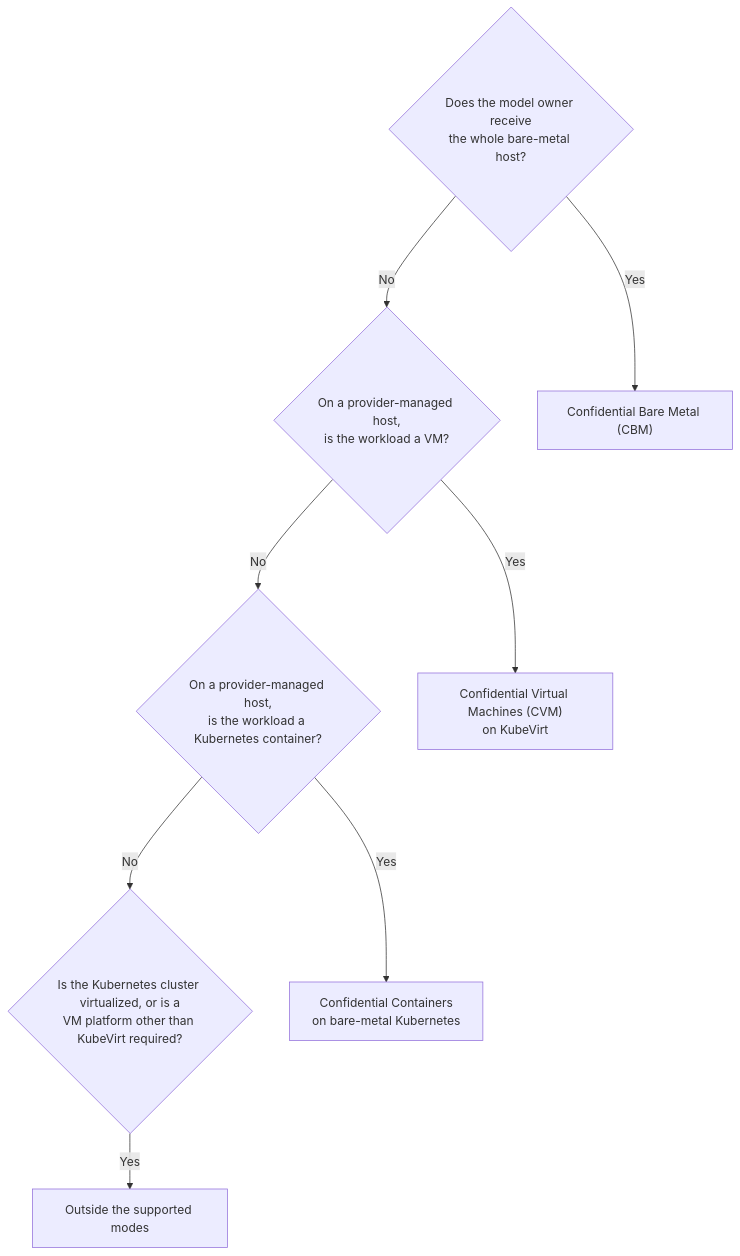
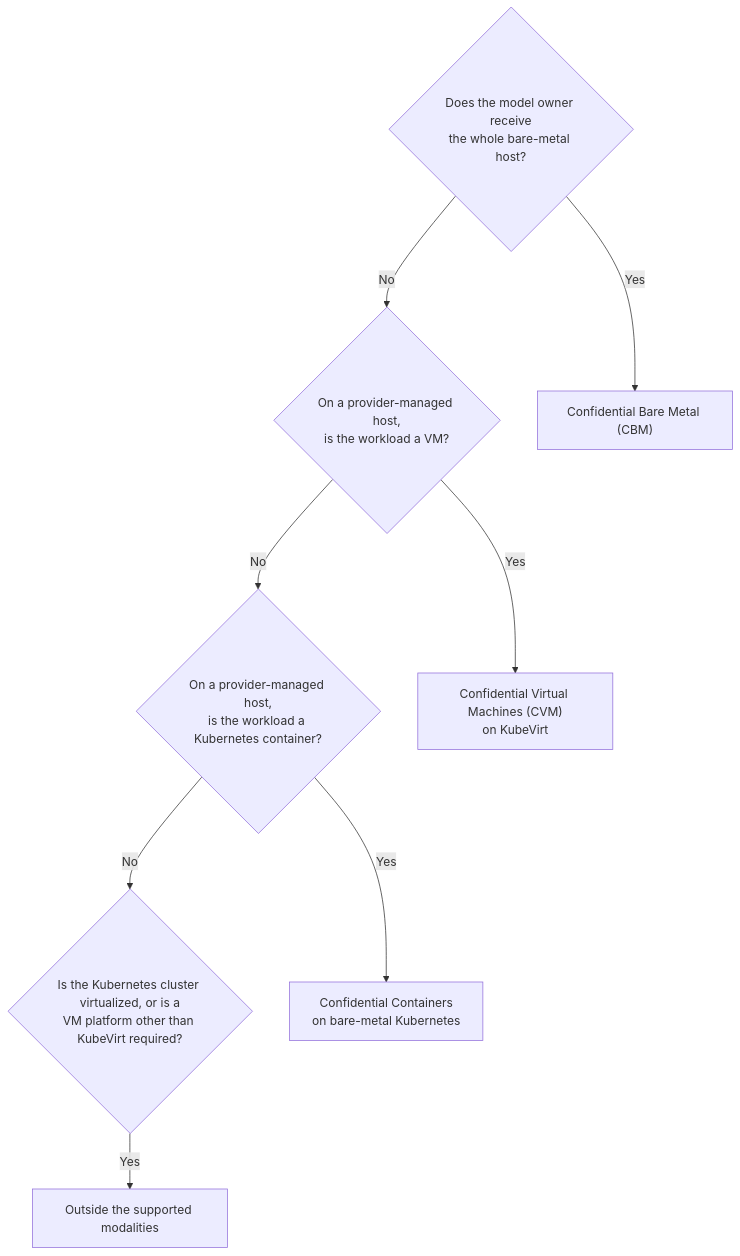
One commit to NVIDIA/confidential-computing-docs changed the first of 3 diagrams in fern/pages/overview/positioning.mdx. Above: the diagram before and after it, drawn with Mermaid. The commit also changed other lines of this file and 2 other files, not shown here.

````diff
--- a/fern/pages/overview/positioning.mdx
+++ b/fern/pages/overview/positioning.mdx
@@ -52,19 +57,19 @@
 ```mermaid
 flowchart TD
     Q1{"Does the model owner receive<br/>the whole bare-metal host?"}
     Q2{"On a provider-managed host,<br/>is the workload a VM?"}
     Q3{"On a provider-managed host,<br/>is the workload a Kubernetes container?"}
     Q4{"Is the Kubernetes cluster virtualized, or is a<br/>VM platform other than KubeVirt required?"}
     CBM["Confidential Bare Metal (CBM)"]
     CVM["Confidential Virtual Machines (CVM)<br/>on KubeVirt"]
     COCO["Confidential Containers<br/>on bare-metal Kubernetes"]
-    OUT["Outside the supported modes"]
+    OUT["Outside the supported modalities"]
 
     Q1 -->|Yes| CBM
     Q1 -->|No| Q2
     Q2 -->|Yes| CVM
     Q2 -->|No| Q3
     Q3 -->|Yes| COCO
     Q3 -->|No| Q4
     Q4 -->|Yes| OUT
 ```
````
